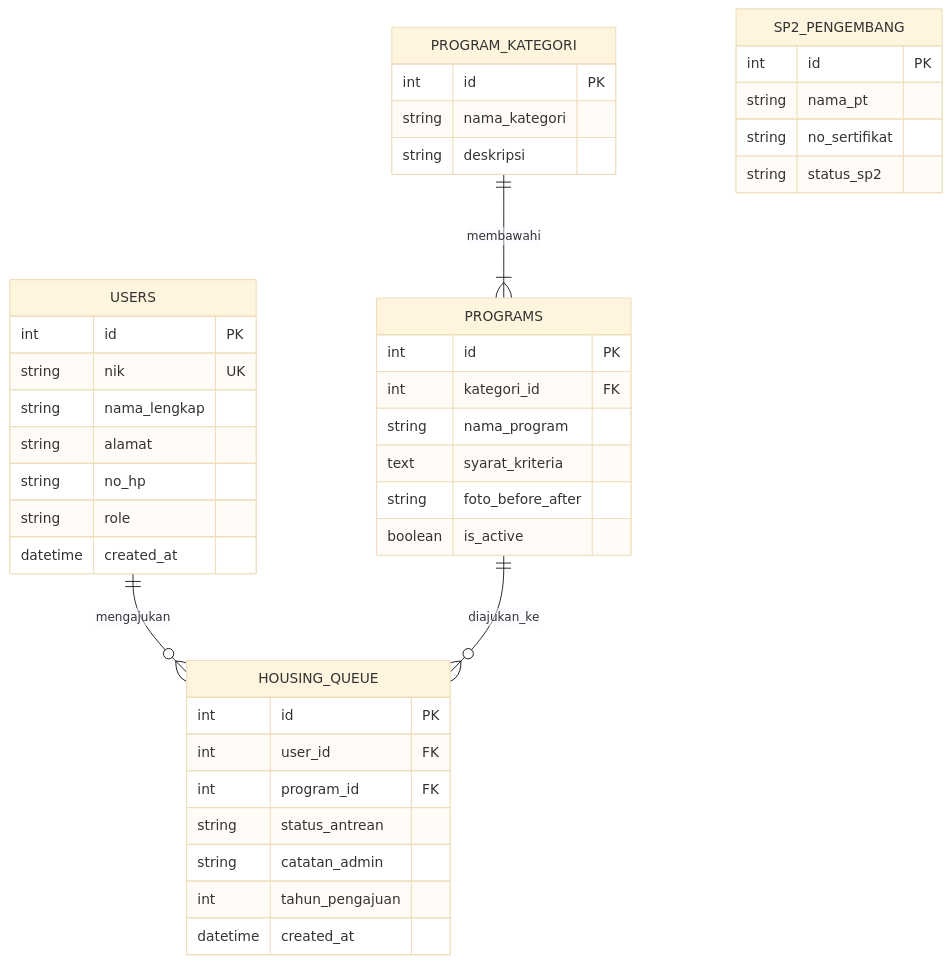
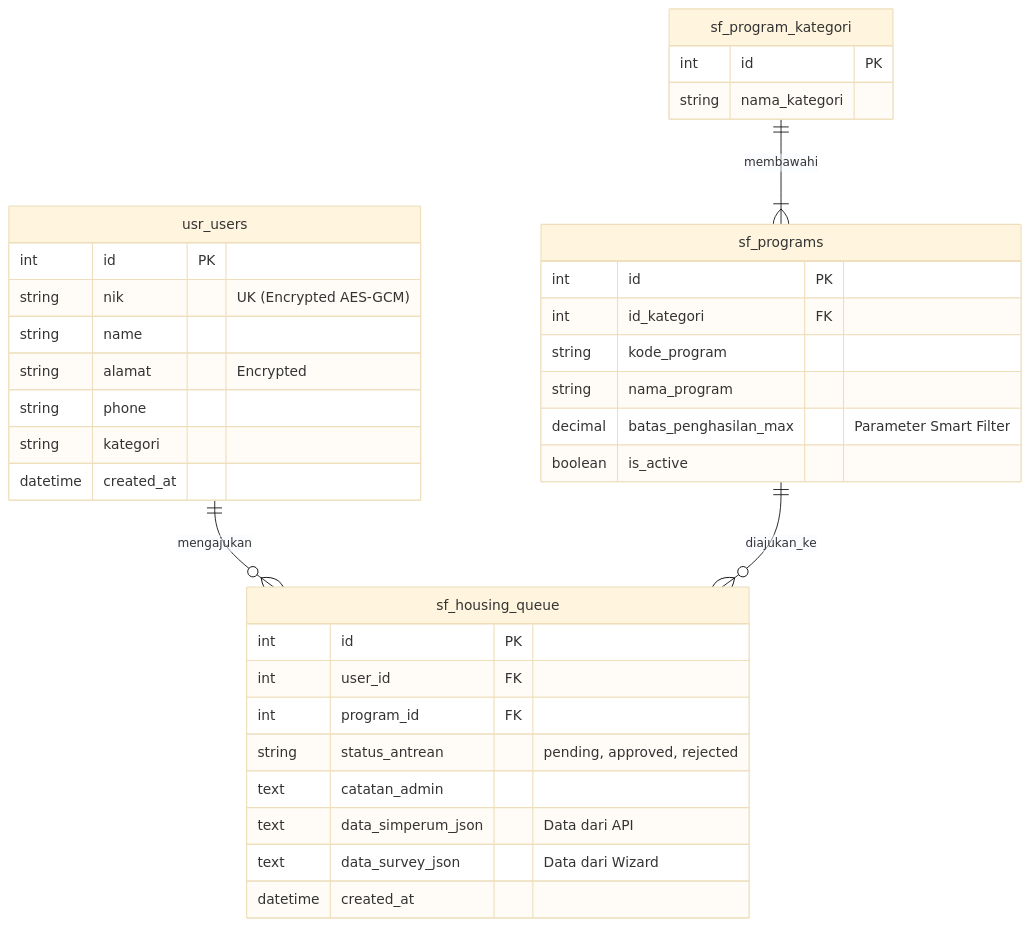
One commit to faisalekasyahputra/klinik_new changed the second of 2 diagrams in docs/architecture/SYSTEM_DESIGN_DIAGRAMS.md. Above: the diagram before and after it, drawn with Mermaid (base theme). The commit also changed other lines of this file and 25 other files, not shown here.

Commit message:
feat: implement multi-step housing eligibility diagnosis wizard with NIK and SIMPERUM integration

````diff
--- a/docs/architecture/SYSTEM_DESIGN_DIAGRAMS.md
+++ b/docs/architecture/SYSTEM_DESIGN_DIAGRAMS.md
@@ -53,48 +48,41 @@
 ```mermaid
 erDiagram
-    USERS ||--o{ HOUSING_QUEUE : "mengajukan"
-    PROGRAMS ||--o{ HOUSING_QUEUE : "diajukan_ke"
-    PROGRAM_KATEGORI ||--|{ PROGRAMS : "membawahi"
+    usr_users ||--o{ sf_housing_queue : "mengajukan"
+    sf_programs ||--o{ sf_housing_queue : "diajukan_ke"
+    sf_program_kategori ||--|{ sf_programs : "membawahi"
 
-    USERS {
+    usr_users {
         int id PK
-        string nik UK
-        string nama_lengkap
-        string alamat
-        string no_hp
-        string role
+        string nik "UK (Encrypted AES-GCM)"
+        string name
+        string alamat "Encrypted"
+        string phone
+        string kategori
         datetime created_at
     }
 
-    PROGRAM_KATEGORI {
+    sf_program_kategori {
         int id PK
         string nama_kategori
-        string deskripsi
     }
 
-    PROGRAMS {
+    sf_programs {
         int id PK
-        int kategori_id FK
+        int id_kategori FK
+        string kode_program
         string nama_program
-        text syarat_kriteria
-        string foto_before_after
+        decimal batas_penghasilan_max "Parameter Smart Filter"
         boolean is_active
     }
 
-    HOUSING_QUEUE {
+    sf_housing_queue {
         int id PK
         int user_id FK
         int program_id FK
-        string status_antrean
-        string catatan_admin
-        int tahun_pengajuan
+        string status_antrean "pending, approved, rejected"
+        text catatan_admin
+        text data_simperum_json "Data dari API"
+        text data_survey_json "Data dari Wizard"
         datetime created_at
     }
-
-    SP2_PENGEMBANG {
-        int id PK
-        string nama_pt
-        string no_sertifikat
-        string status_sp2
-    }
 ```
````
